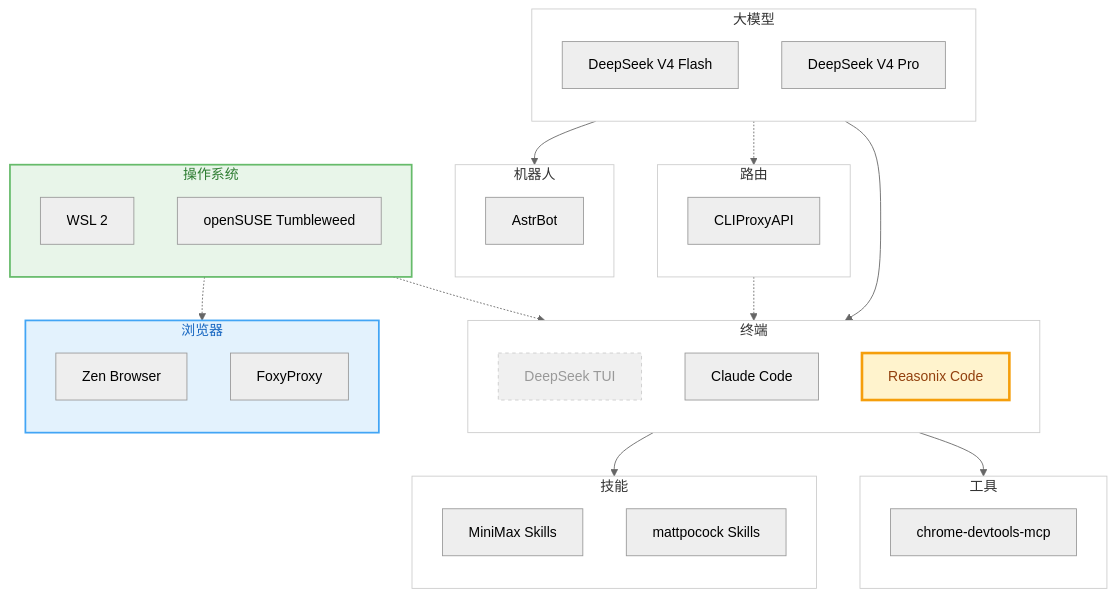
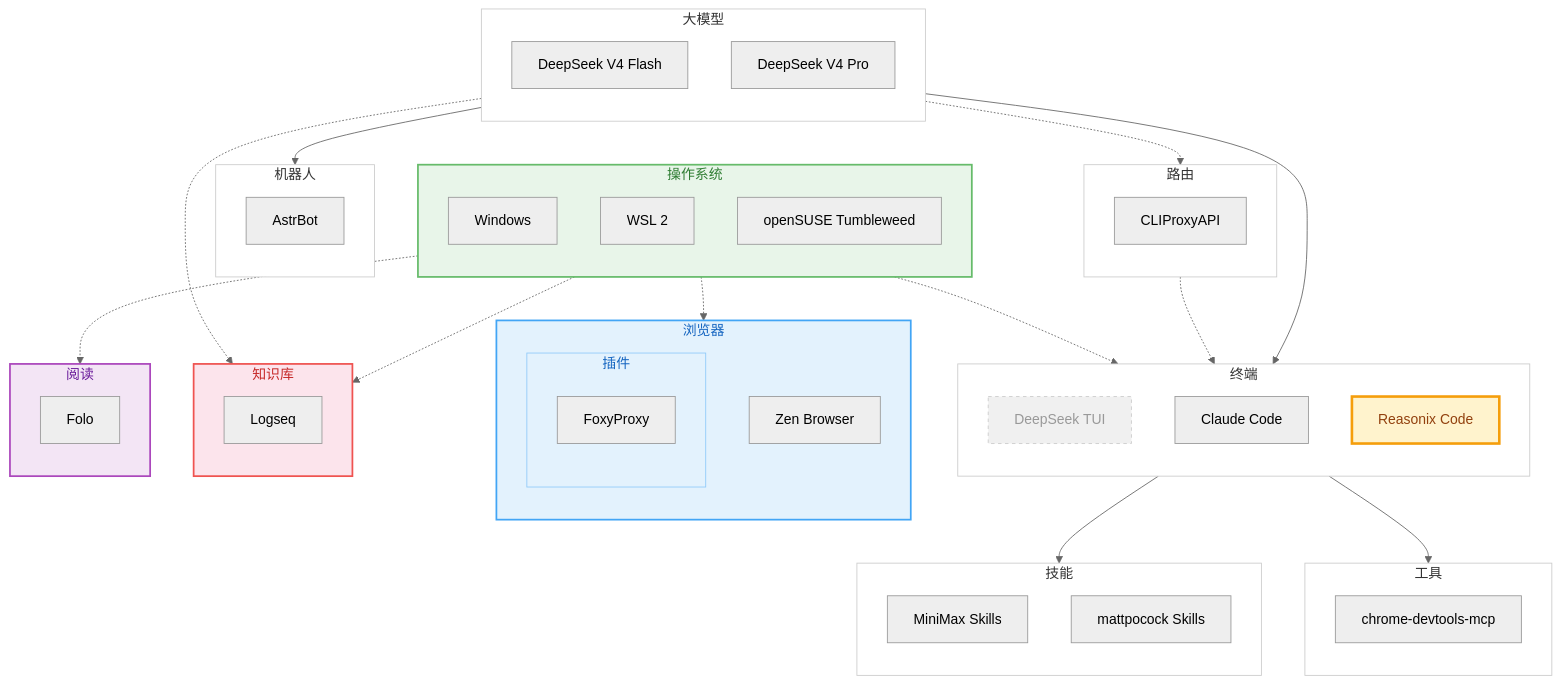
The diagram in README.md (yuanxin518/ai-path), drawn with Mermaid (neutral theme) before and after one commit. The commit also changed other lines of this file and 4 other files, not shown here.

Commit message:
feat: 新增知识库(Logseq)和阅读(Folo)节点, 完善系统终端, 细化操作系统层级

````diff
--- a/README.md
+++ b/README.md
@@ -73,18 +73,39 @@
 
     subgraph N06["操作系统"]
         direction TB
-        WSL["WSL 2"]
+        WIN["Windows"]
+        WSL2_["WSL 2"]
         SUSE["openSUSE Tumbleweed"]
     end
     style N06 fill:#e8f5e9,stroke:#66bb6a,stroke-width:2px,color:#2e7d32
 
     N06 -.-> N02
     N06 -.-> N07
+    N06 -.-> N08
+    N06 -.-> N09
 
     subgraph N07["浏览器"]
         direction TB
         ZB["Zen Browser"]
-        FP["FoxyProxy"]
+        subgraph N07_P["插件"]
+            direction TB
+            FP["FoxyProxy"]
+        end
+        style N07_P fill:#e3f2fd,stroke:#90caf9,stroke-width:1px,color:#1565c0
     end
     style N07 fill:#e3f2fd,stroke:#42a5f5,stroke-width:2px,color:#1565c0
+
+    subgraph N08["知识库"]
+        direction TB
+        LOGSEQ["Logseq"]
+    end
+    style N08 fill:#fce4ec,stroke:#ef5350,stroke-width:2px,color:#c62828
+
+    N00 -.-> N08
+
+    subgraph N09["阅读"]
+        direction TB
+        FOLO["Folo"]
+    end
+    style N09 fill:#f3e5f5,stroke:#ab47bc,stroke-width:2px,color:#6a1b9a
 ```
````
